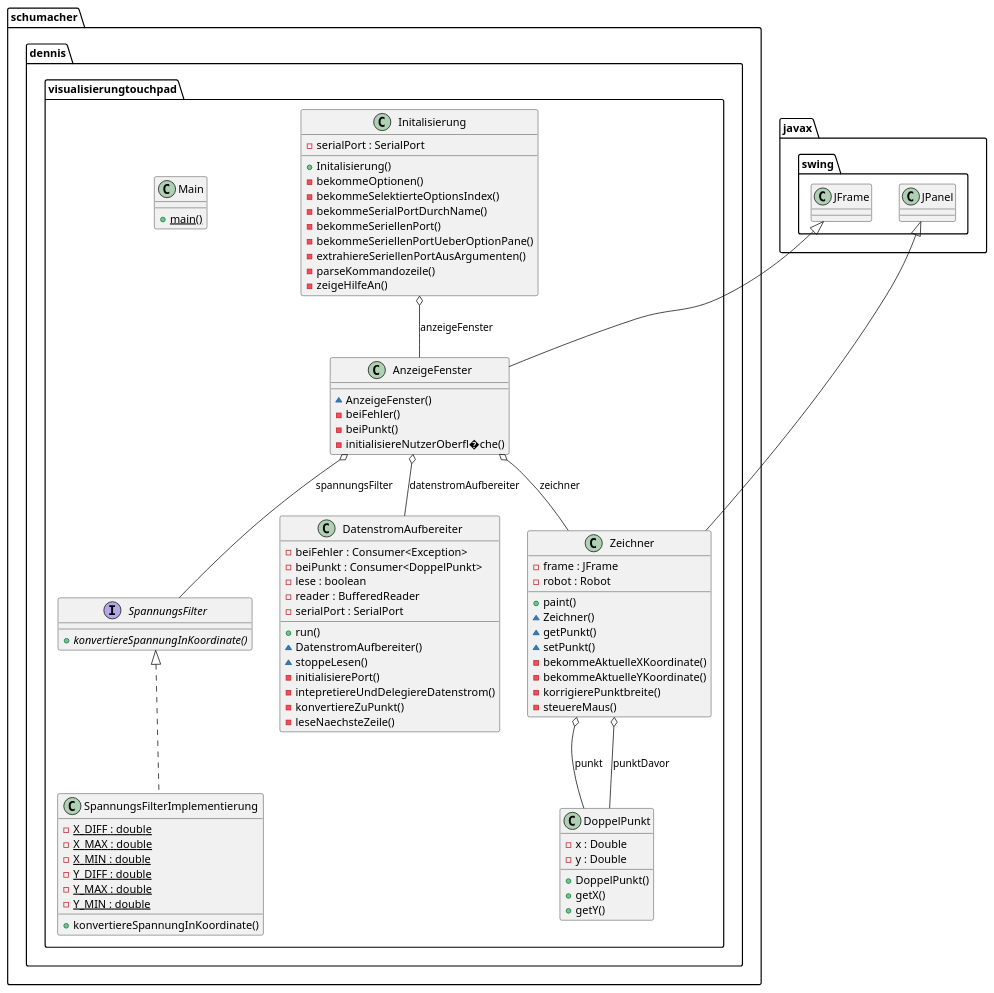
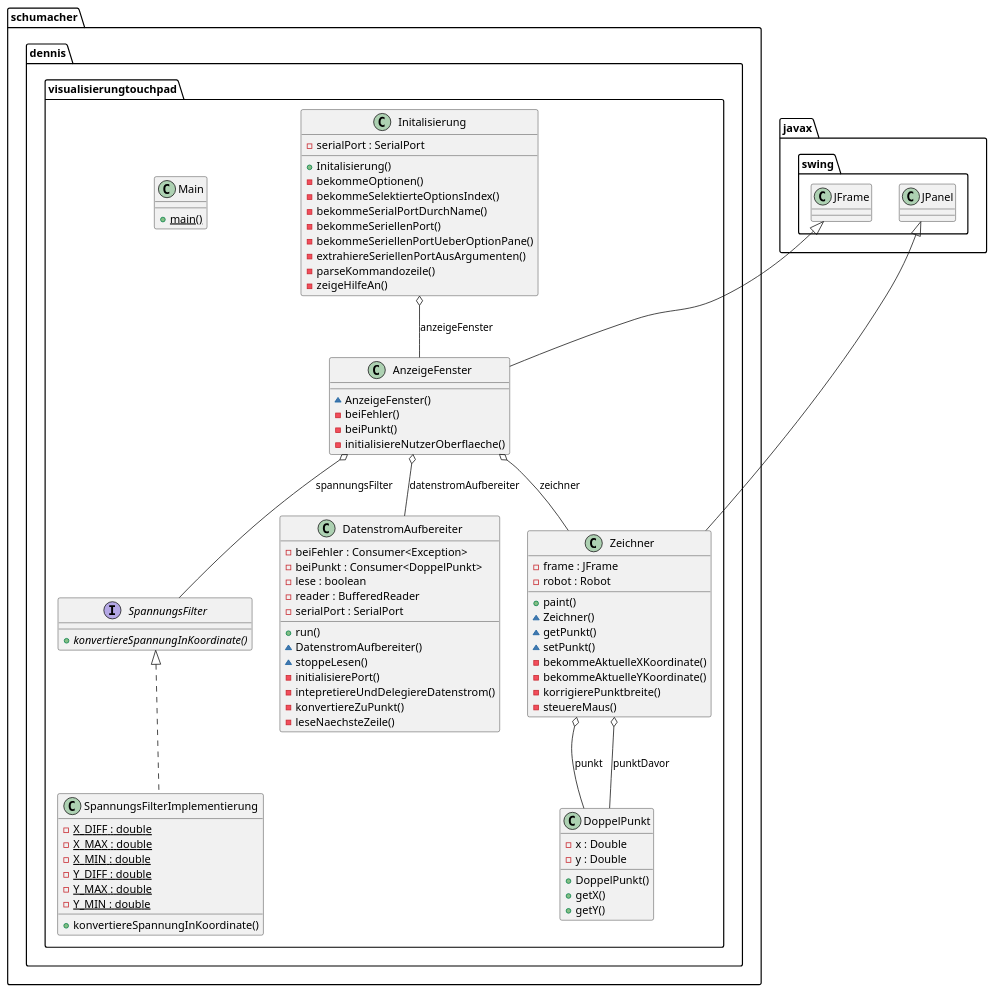
The diagram in visualisierungtouchpad.plantuml (MarcelEn/arduino-touchinput), drawn with PlantUML before and after one commit. The commit also changed 2 other files, not shown here.

Commit message:
updated uml

```diff
--- a/visualisierungtouchpad.plantuml
+++ b/visualisierungtouchpad.plantuml
@@ -1,110 +1,110 @@
 @startuml
   namespace schumacher.dennis.visualisierungtouchpad {
     class schumacher.dennis.visualisierungtouchpad.AnzeigeFenster {
         ~ AnzeigeFenster()
         - beiFehler()
         - beiPunkt()
-        - initialisiereNutzerOberfl�che()
+        - initialisiereNutzerOberflaeche()
     }
   }
-  
+
 
   namespace schumacher.dennis.visualisierungtouchpad {
     class schumacher.dennis.visualisierungtouchpad.DatenstromAufbereiter {
         - beiFehler : Consumer<Exception>
         - beiPunkt : Consumer<DoppelPunkt>
         - lese : boolean
         - reader : BufferedReader
         - serialPort : SerialPort
         + run()
         ~ DatenstromAufbereiter()
         ~ stoppeLesen()
         - initialisierePort()
         - intepretiereUndDelegiereDatenstrom()
         - konvertiereZuPunkt()
         - leseNaechsteZeile()
     }
   }
-  
+
 
   namespace schumacher.dennis.visualisierungtouchpad {
     class schumacher.dennis.visualisierungtouchpad.DoppelPunkt {
         - x : Double
         - y : Double
         + DoppelPunkt()
         + getX()
         + getY()
     }
   }
-  
+
 
   namespace schumacher.dennis.visualisierungtouchpad {
     class schumacher.dennis.visualisierungtouchpad.Initalisierung {
         - serialPort : SerialPort
         + Initalisierung()
         - bekommeOptionen()
         - bekommeSelektierteOptionsIndex()
         - bekommeSerialPortDurchName()
         - bekommeSeriellenPort()
         - bekommeSeriellenPortUeberOptionPane()
         - extrahiereSeriellenPortAusArgumenten()
         - parseKommandozeile()
         - zeigeHilfeAn()
     }
   }
-  
+
 
   namespace schumacher.dennis.visualisierungtouchpad {
     class schumacher.dennis.visualisierungtouchpad.Main {
         {static} + main()
     }
   }
-  
+
 
   namespace schumacher.dennis.visualisierungtouchpad {
     interface schumacher.dennis.visualisierungtouchpad.SpannungsFilter {
         {abstract} + konvertiereSpannungInKoordinate()
     }
   }
-  
+
 
   namespace schumacher.dennis.visualisierungtouchpad {
     class schumacher.dennis.visualisierungtouchpad.SpannungsFilterImplementierung {
         {static} - X_DIFF : double
         {static} - X_MAX : double
         {static} - X_MIN : double
         {static} - Y_DIFF : double
         {static} - Y_MAX : double
         {static} - Y_MIN : double
         + konvertiereSpannungInKoordinate()
     }
   }
-  
+
 
   namespace schumacher.dennis.visualisierungtouchpad {
     class schumacher.dennis.visualisierungtouchpad.Zeichner {
         - frame : JFrame
         - robot : Robot
         + paint()
         ~ Zeichner()
         ~ getPunkt()
         ~ setPunkt()
         - bekommeAktuelleXKoordinate()
         - bekommeAktuelleYKoordinate()
         - korrigierePunktbreite()
         - steuereMaus()
     }
   }
-  
+
 
   schumacher.dennis.visualisierungtouchpad.AnzeigeFenster -up-|> javax.swing.JFrame
   schumacher.dennis.visualisierungtouchpad.AnzeigeFenster o-- schumacher.dennis.visualisierungtouchpad.DatenstromAufbereiter : datenstromAufbereiter
   schumacher.dennis.visualisierungtouchpad.AnzeigeFenster o-- schumacher.dennis.visualisierungtouchpad.SpannungsFilter : spannungsFilter
   schumacher.dennis.visualisierungtouchpad.AnzeigeFenster o-- schumacher.dennis.visualisierungtouchpad.Zeichner : zeichner
   schumacher.dennis.visualisierungtouchpad.Initalisierung o-- schumacher.dennis.visualisierungtouchpad.AnzeigeFenster : anzeigeFenster
   schumacher.dennis.visualisierungtouchpad.SpannungsFilterImplementierung .up.|> schumacher.dennis.visualisierungtouchpad.SpannungsFilter
   schumacher.dennis.visualisierungtouchpad.Zeichner -up-|> javax.swing.JPanel
   schumacher.dennis.visualisierungtouchpad.Zeichner o-- schumacher.dennis.visualisierungtouchpad.DoppelPunkt : punkt
   schumacher.dennis.visualisierungtouchpad.Zeichner o-- schumacher.dennis.visualisierungtouchpad.DoppelPunkt : punktDavor
 
 @enduml
```
